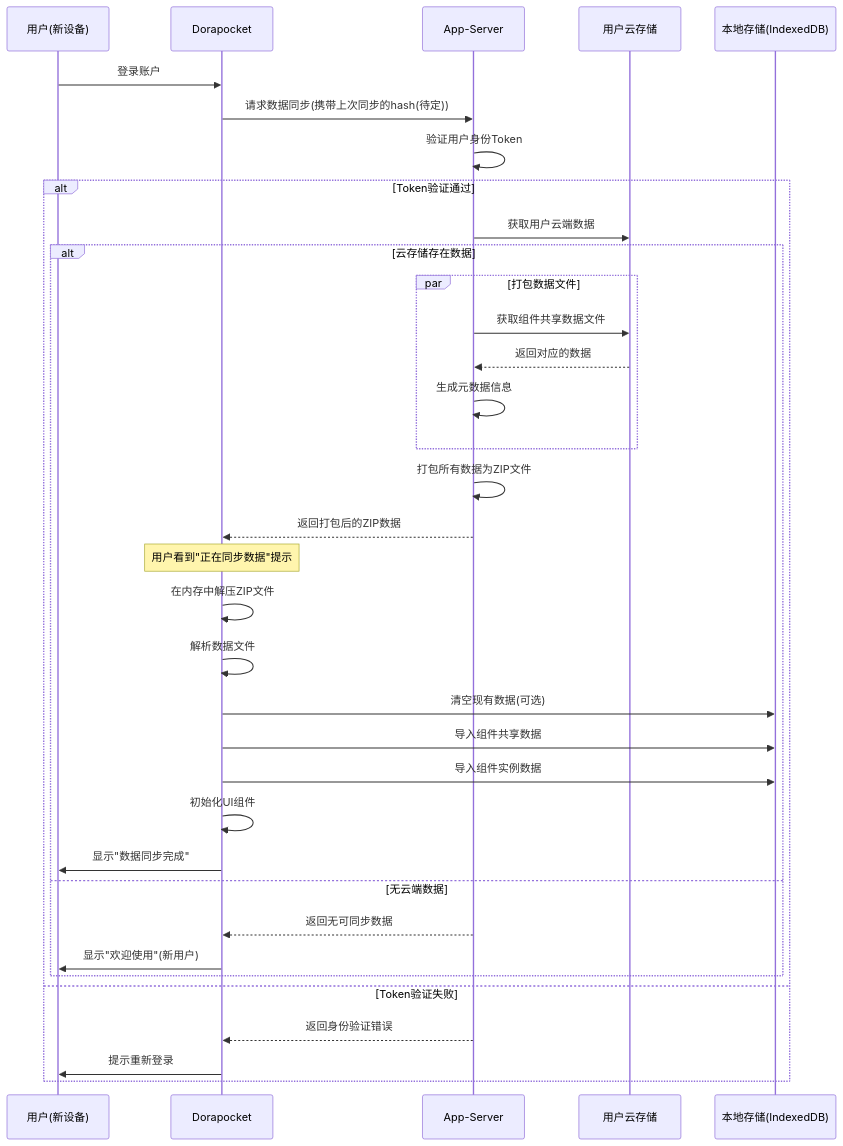
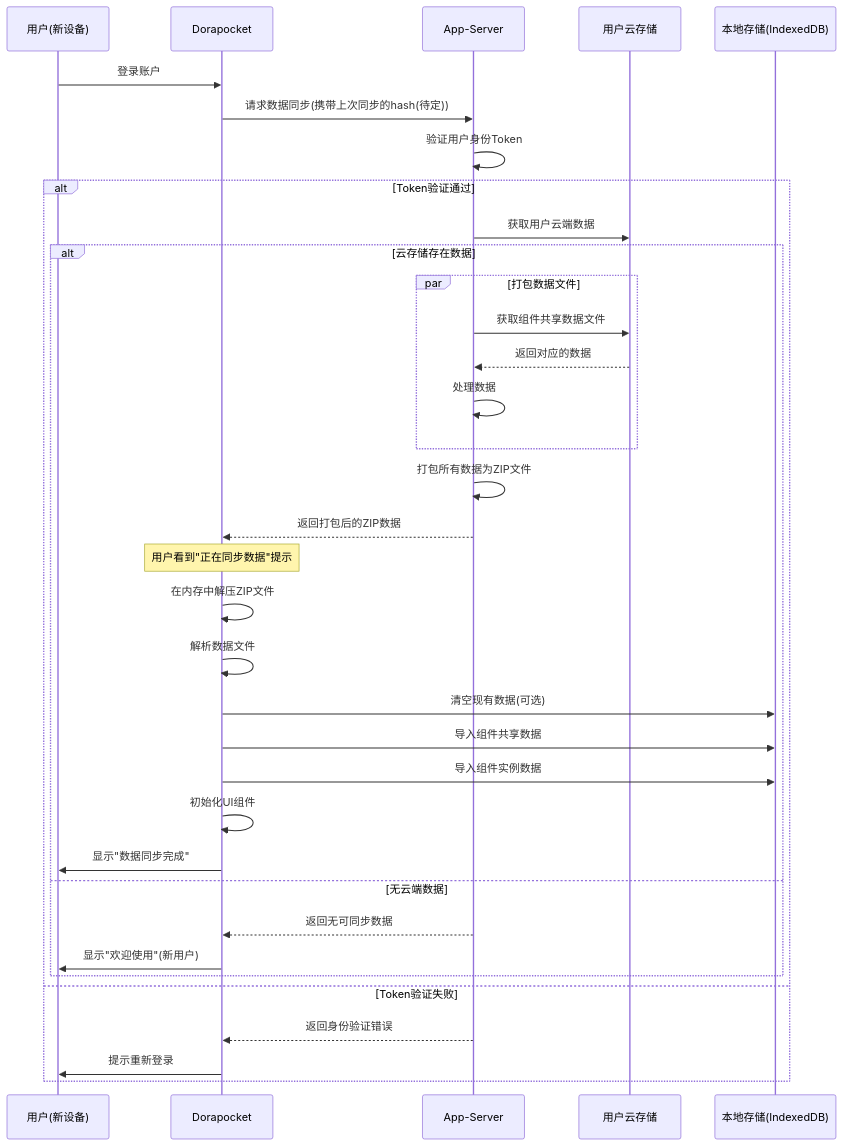
The diagram in all/未命名-38.md (yingjianzh/iodraw-files), drawn with Mermaid before and after one commit.

Commit message:
2025-04-21 13:59:39 update

````diff
--- a/all/未命名-38.md
+++ b/all/未命名-38.md
@@ -1,48 +1,48 @@
 ```mermaid
 sequenceDiagram
     participant User as 用户(新设备)
     participant App as Dorapocket
     participant AppServer as App-Server
     participant UserCloud as 用户云存储
     participant LocalDB as 本地存储(IndexedDB)
     
     User->>App: 登录账户
     
     App->>AppServer: 请求数据同步(携带上次同步的hash(待定))
     AppServer->>AppServer: 验证用户身份Token
     
     alt Token验证通过
         AppServer->>UserCloud: 获取用户云端数据
         
         
         alt 云存储存在数据
             par 打包数据文件
                 AppServer->>UserCloud: 获取组件共享数据文件
                 UserCloud-->>AppServer: 返回对应的数据
                 
-                AppServer->>AppServer: 生成元数据信息
+                AppServer->>AppServer: 处理数据
             end
             
             AppServer->>AppServer: 打包所有数据为ZIP文件
             AppServer-->>App: 返回打包后的ZIP数据
             
             Note over App: 用户看到"正在同步数据"提示
             
             App->>App: 在内存中解压ZIP文件
             App->>App: 解析数据文件
             
             App->>LocalDB: 清空现有数据(可选)
             App->>LocalDB: 导入组件共享数据
             App->>LocalDB: 导入组件实例数据
             
             App->>App: 初始化UI组件
             App->>User: 显示"数据同步完成"
         else 无云端数据
             AppServer-->>App: 返回无可同步数据
             App->>User: 显示"欢迎使用"(新用户)
         end
     else Token验证失败
         AppServer-->>App: 返回身份验证错误
         App->>User: 提示重新登录
     end
 ```
````
